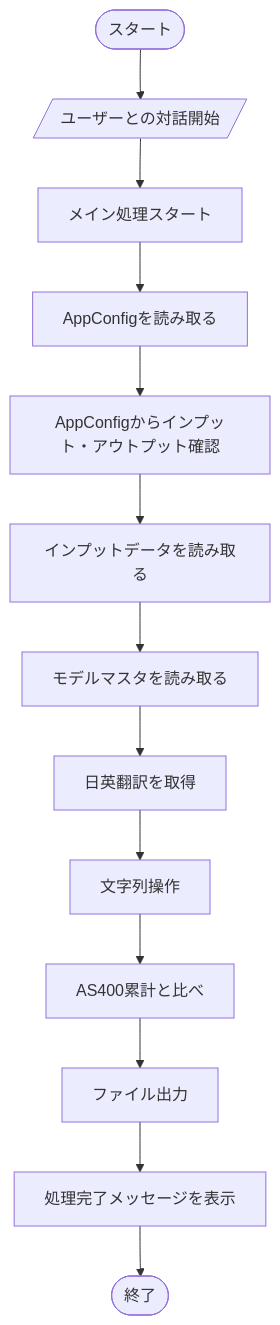
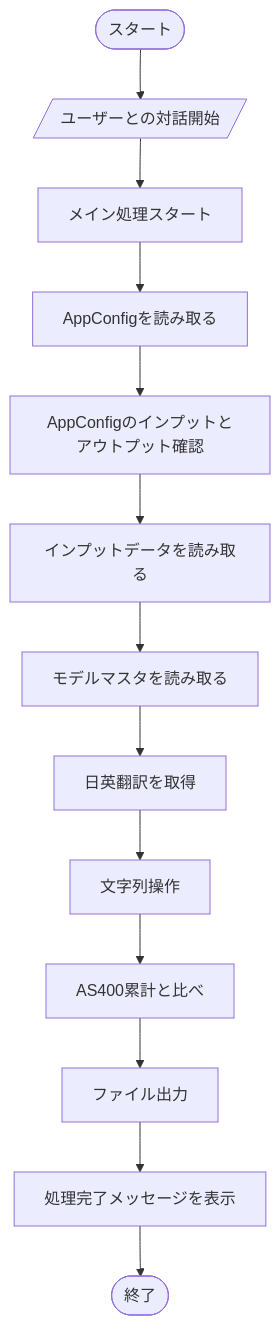
One commit to rhoenkelevra/pre_commit changed the diagram in flowcharts/conception.mmd. Above: the diagram before and after it, drawn with Mermaid. The commit also changed 1 other file, not shown here.

```diff
--- a/flowcharts/conception.mmd
+++ b/flowcharts/conception.mmd
@@ -1,28 +1,28 @@
 flowchart TB
     start(["スタート"])
     UserInteraction[/"ユーザーとの対話開始"/]
     StartMainProcess["メイン処理スタート"]
     LoadAppConfig["AppConfigを読み取る"]
-    CheckInputs/OutputsFromConfig["AppConfigからインプット・アウトプット確認"]
+    CheckInputs/OutputsFromConfig["AppConfigのインプットとアウトプット確認"]
     LoadInputFiles["インプットデータを読み取る"]
     LoadMasterFile["モデルマスタを読み取る"]
     GetTranslations["日英翻訳を取得"]
     Check/ChangeStrings["文字列操作"]
     CompareWithPrevious["AS400累計と比べ"]
     OutputFiles["ファイル出力"]
     OutputFinalMessage["処理完了メッセージを表示"]
     End(["終了"])
 
     start
     --> UserInteraction
     --> StartMainProcess
     --> LoadAppConfig
     --> CheckInputs/OutputsFromConfig
     --> LoadInputFiles
     --> LoadMasterFile
     --> GetTranslations
     --> Check/ChangeStrings
     --> CompareWithPrevious
     --> OutputFiles
     --> OutputFinalMessage
     --> End
```
